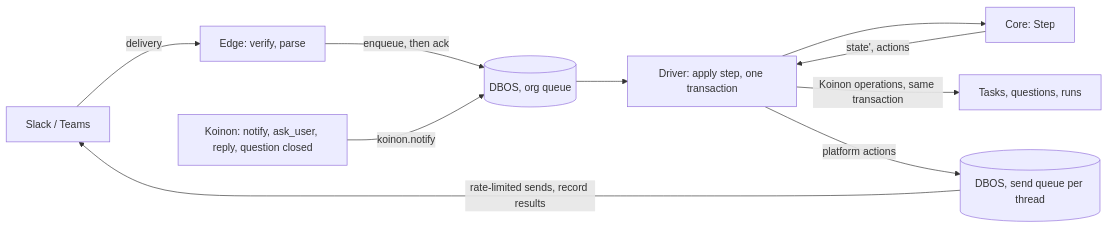
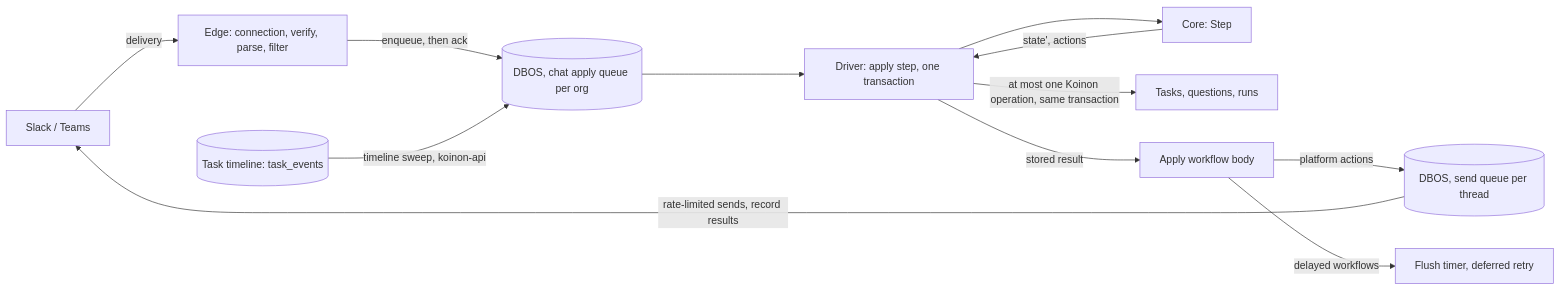
Before and after one commit to stateracloud/koinon: the diagram in docs/adr/0127-chat-adapter-pure-core.md, drawn with Mermaid. The commit also changed other lines of this file, not shown here.

First line of the commit message:
docs(adr): 0127 round 3, timeline outbox, own apply queue, one operation per step

````diff
--- a/docs/adr/0127-chat-adapter-pure-core.md
+++ b/docs/adr/0127-chat-adapter-pure-core.md
@@ -74,12 +74,14 @@
 ```mermaid
 flowchart LR
-  P[Slack / Teams] -->|delivery| E[Edge: verify, parse]
-  E -->|enqueue, then ack| D[(DBOS, org queue)]
-  K0[Koinon: notify, ask_user, reply, question closed] -->|koinon.notify| D
+  P[Slack / Teams] -->|delivery| E[Edge: connection, verify, parse, filter]
+  E -->|enqueue, then ack| D[(DBOS, chat apply queue per org)]
+  T[(Task timeline: task_events)] -->|timeline sweep, koinon-api| D
   D --> A[Driver: apply step, one transaction]
   A --> C[Core: Step]
   C -->|state', actions| A
-  A -->|Koinon operations, same transaction| K[Tasks, questions, runs]
-  A -->|platform actions| S[(DBOS, send queue per thread)]
+  A -->|at most one Koinon operation, same transaction| K[Tasks, questions, runs]
+  A -->|stored result| W[Apply workflow body]
+  W -->|platform actions| S[(DBOS, send queue per thread)]
+  W -->|delayed workflows| R[Flush timer, deferred retry]
   S -->|rate-limited sends, record results| P
 ```
````
